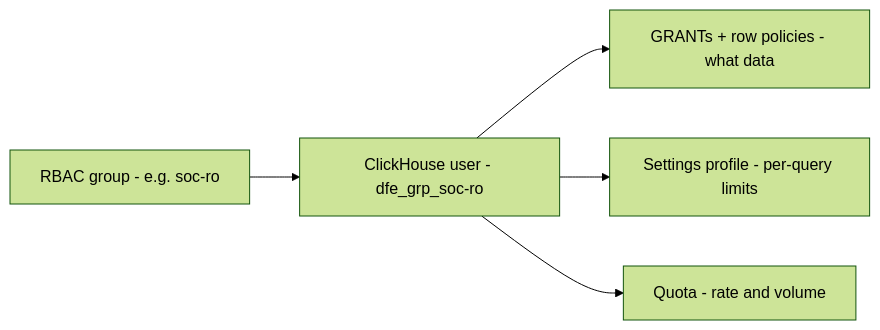
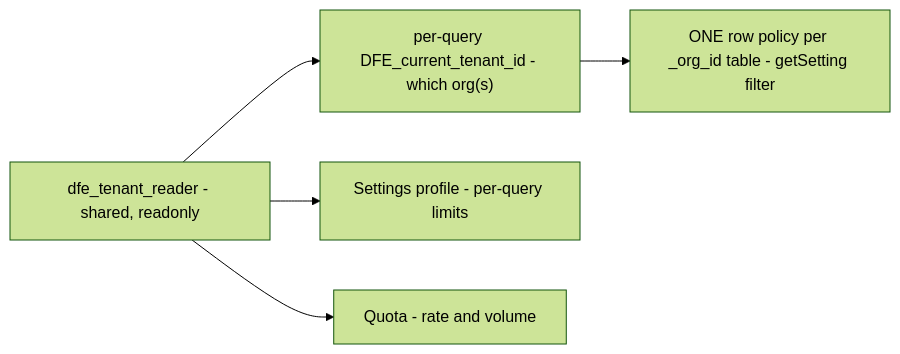
The fourth of 8 diagrams in docs/GOVERNED-OPS-DESIGN.md (hyperi-io/dfe-engine), drawn with Mermaid (forest theme) before and after one commit. The commit also changed other lines of this file and 18 other files, not shown here.

````diff
--- a/docs/GOVERNED-OPS-DESIGN.md
+++ b/docs/GOVERNED-OPS-DESIGN.md
@@ -146,13 +149,13 @@
 ```mermaid
 graph LR
-    Group["RBAC group - e.g. soc-ro"]
-    User["ClickHouse user - dfe_grp_soc-ro"]
-    Grants["GRANTs + row policies - what data"]
+    Reader["dfe_tenant_reader - shared, readonly"]
+    Setting["per-query DFE_current_tenant_id - which org(s)"]
+    Policy["ONE row policy per _org_id table - getSetting filter"]
     Profile["Settings profile - per-query limits"]
     Quota["Quota - rate and volume"]
 
-    Group --> User
-    User --> Grants
-    User --> Profile
-    User --> Quota
+    Reader --> Setting
+    Setting --> Policy
+    Reader --> Profile
+    Reader --> Quota
 ```
````
